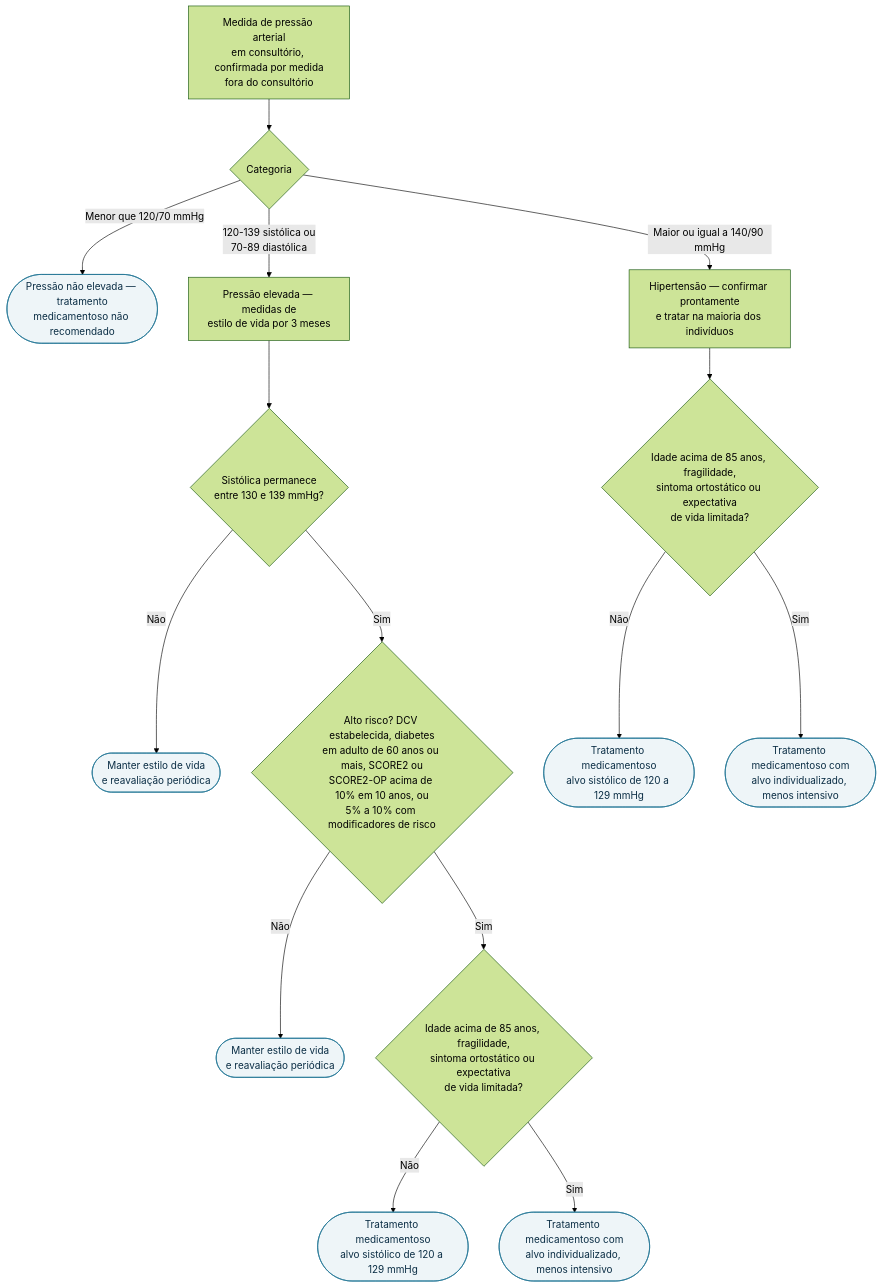
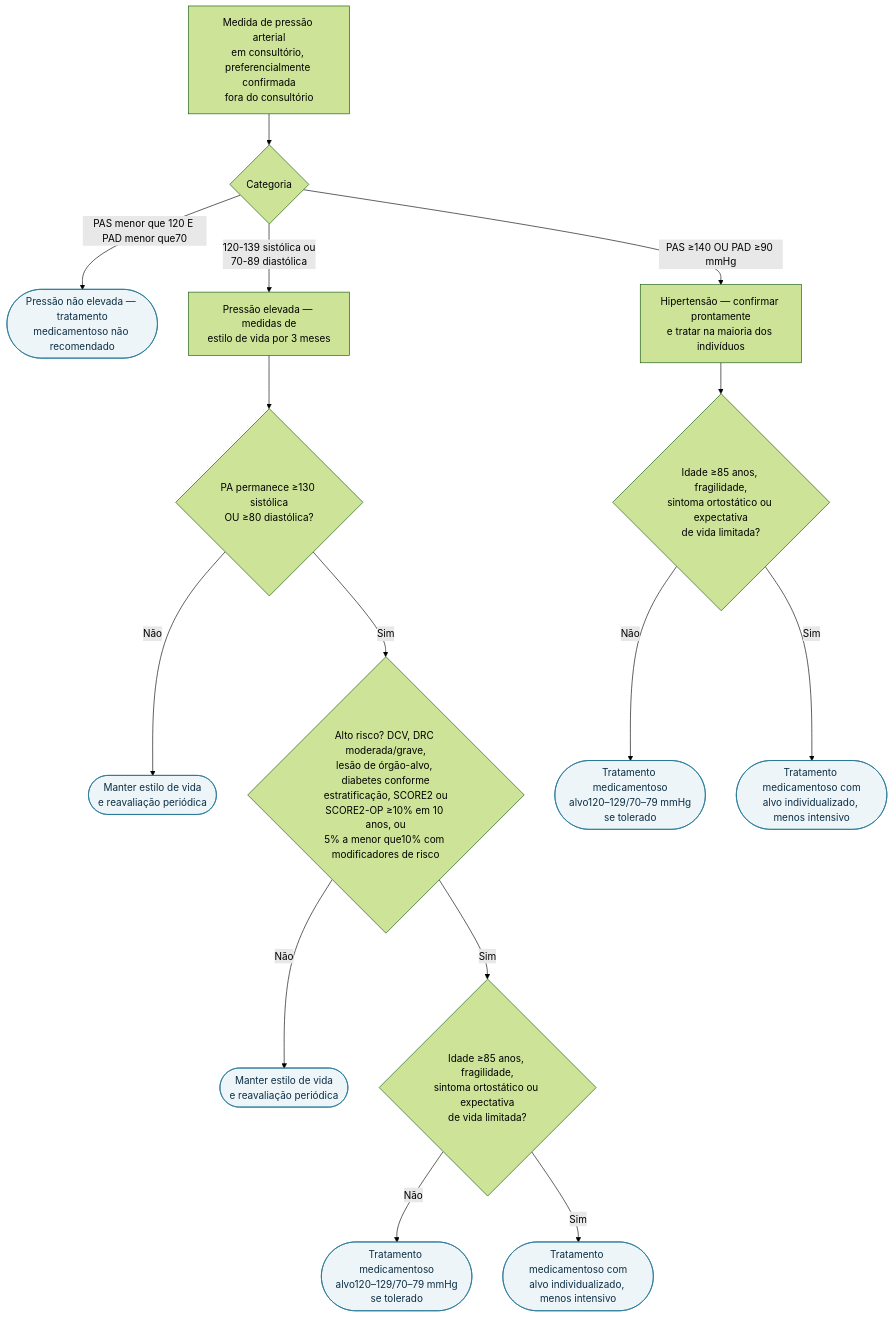
One commit to rafaelpaesmeirelles/MeuCardio changed the diagram in content/Hipertensão/fluxograma-hipertensao-arterial-esc-2024.md. Above: the diagram before and after it, drawn with Mermaid (forest theme). The commit also changed other lines of this file and 33 other files, not shown here.

````diff
--- a/content/Hipertensão/fluxograma-hipertensao-arterial-esc-2024.md
+++ b/content/Hipertensão/fluxograma-hipertensao-arterial-esc-2024.md
@@ -23,31 +36,31 @@
 ```mermaid
 flowchart TD
-  R0["Medida de pressão arterial<br/>em consultório, confirmada por medida<br/>fora do consultório"] --> D1{"Categoria"}
+  R0["Medida de pressão arterial<br/>em consultório, preferencialmente confirmada<br/>fora do consultório"] --> D1{"Categoria"}
 
-  D1 -->|"Menor que 120/70 mmHg"| C1(["Pressão não elevada — tratamento<br/>medicamentoso não recomendado"])
+  D1 -->|"PAS menor que 120 E PAD menor que70"| C1(["Pressão não elevada — tratamento<br/>medicamentoso não recomendado"])
 
-  D1 -->|"Maior ou igual a 140/90 mmHg"| P1["Hipertensão — confirmar prontamente<br/>e tratar na maioria dos indivíduos"]
+  D1 -->|"PAS ≥140 OU PAD ≥90 mmHg"| P1["Hipertensão — confirmar prontamente<br/>e tratar na maioria dos indivíduos"]
 
   D1 -->|"120-139 sistólica ou<br/>70-89 diastólica"| P2["Pressão elevada — medidas de<br/>estilo de vida por 3 meses"]
 
-  P2 --> D2{"Sistólica permanece<br/>entre 130 e 139 mmHg?"}
+  P2 --> D2{"PA permanece ≥130 sistólica<br/>OU ≥80 diastólica?"}
 
   D2 -->|Não| C2(["Manter estilo de vida<br/>e reavaliação periódica"])
 
-  D2 -->|Sim| D3{"Alto risco? DCV estabelecida, diabetes<br/>em adulto de 60 anos ou mais, SCORE2 ou<br/>SCORE2-OP acima de 10% em 10 anos, ou<br/>5% a 10% com modificadores de risco"}
+  D2 -->|Sim| D3{"Alto risco? DCV, DRC moderada/grave,<br/>lesão de órgão-alvo, diabetes conforme<br/>estratificação, SCORE2 ou<br/>SCORE2-OP ≥10% em 10 anos, ou<br/>5% a menor que10% com modificadores de risco"}
 
   D3 -->|Não| C3(["Manter estilo de vida<br/>e reavaliação periódica"])
 
-  D3 -->|Sim| D4{"Idade acima de 85 anos, fragilidade,<br/>sintoma ortostático ou expectativa<br/>de vida limitada?"}
+  D3 -->|Sim| D4{"Idade ≥85 anos, fragilidade,<br/>sintoma ortostático ou expectativa<br/>de vida limitada?"}
 
-  D4 -->|Não| C4(["Tratamento medicamentoso<br/>alvo sistólico de 120 a 129 mmHg"])
+  D4 -->|Não| C4(["Tratamento medicamentoso<br/>alvo120–129/70–79 mmHg<br/>se tolerado"])
   D4 -->|Sim| C5(["Tratamento medicamentoso com<br/>alvo individualizado, menos intensivo"])
 
-  P1 --> D5{"Idade acima de 85 anos, fragilidade,<br/>sintoma ortostático ou expectativa<br/>de vida limitada?"}
+  P1 --> D5{"Idade ≥85 anos, fragilidade,<br/>sintoma ortostático ou expectativa<br/>de vida limitada?"}
 
-  D5 -->|Não| C6(["Tratamento medicamentoso<br/>alvo sistólico de 120 a 129 mmHg"])
+  D5 -->|Não| C6(["Tratamento medicamentoso<br/>alvo120–129/70–79 mmHg<br/>se tolerado"])
   D5 -->|Sim| C7(["Tratamento medicamentoso com<br/>alvo individualizado, menos intensivo"])
 
   classDef conduta fill:#eef5f8,stroke:#1c7293,color:#0b2e45;
   class C1,C2,C3,C4,C5,C6,C7 conduta;
 ```
````
